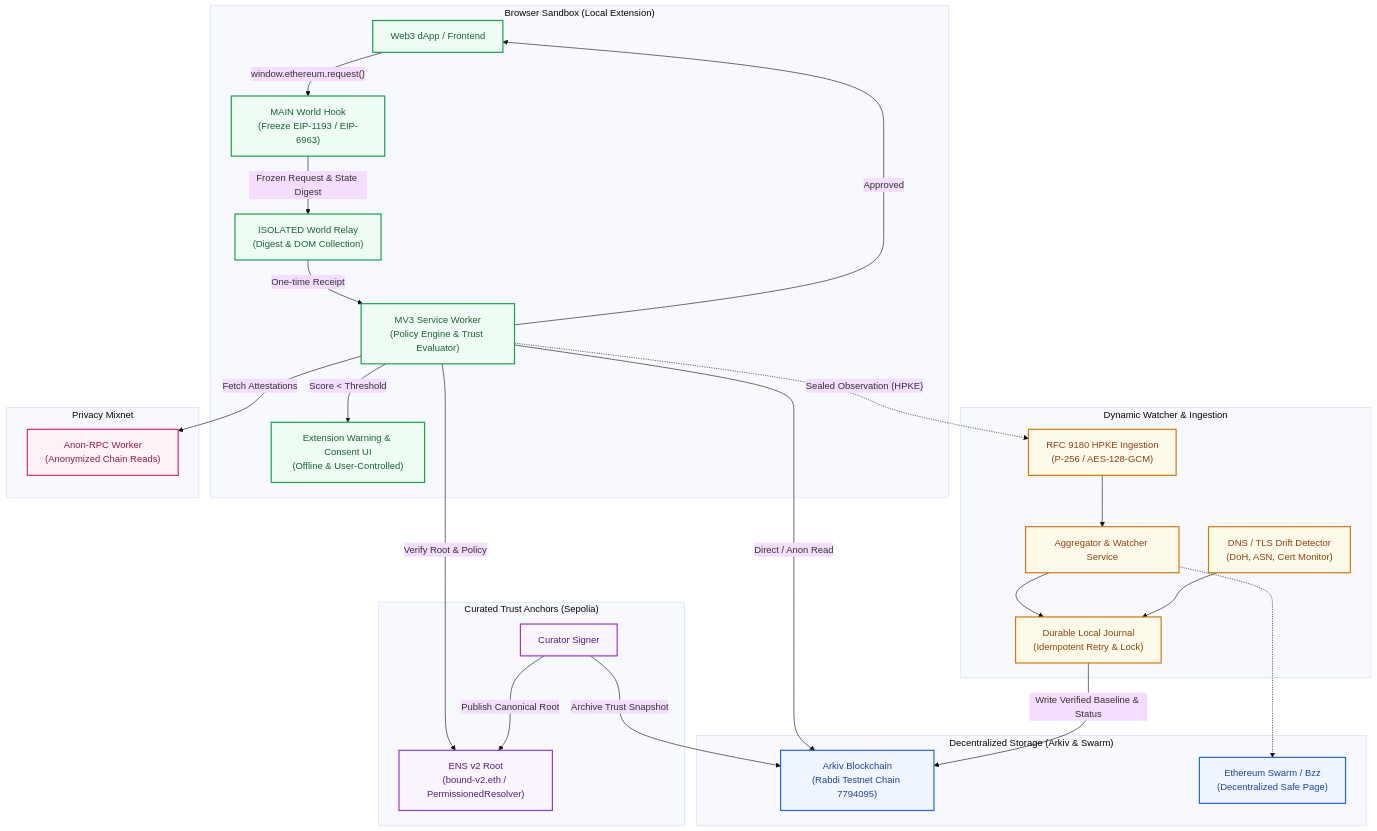
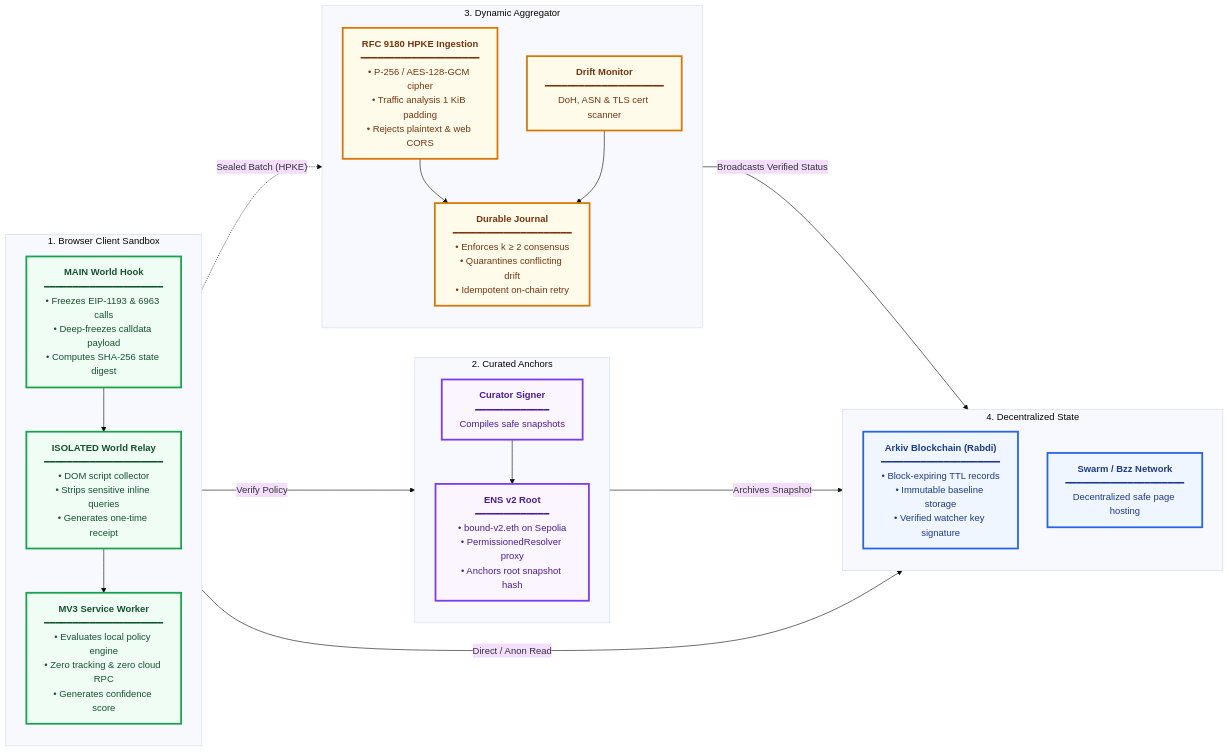
The first of 2 diagrams in Docs/BOUND_Architecture_and_Privacy_Whitepaper.md (Soundcreates/BOUND), drawn with Mermaid (base theme) before and after one commit. The commit also changed 1 other file, not shown here.

Commit message:
docs: modernize mermaid diagram to horizontal layout with thicker blocks and compact viewport

````diff
--- a/Docs/BOUND_Architecture_and_Privacy_Whitepaper.md
+++ b/Docs/BOUND_Architecture_and_Privacy_Whitepaper.md
@@ -27,64 +27,48 @@
 ```mermaid
-flowchart TD
-    subgraph Client["Browser Sandbox (Local Extension)"]
-        DApp["Web3 dApp / Frontend"]
-        Hook["MAIN World Hook<br/>(Freeze EIP-1193 / EIP-6963)"]
-        Relay["ISOLATED World Relay<br/>(Digest & DOM Collection)"]
-        SW["MV3 Service Worker<br/>(Policy Engine & Trust Evaluator)"]
-        UI["Extension Warning & Consent UI<br/>(Offline & User-Controlled)"]
+flowchart LR
+    subgraph Client["1. Browser Client Sandbox"]
+        direction TB
+        Hook["<b>MAIN World Hook</b><br/>━━━━━━━━━━━━━━━━━━━━━<br/>• Freezes EIP-1193 & 6963 calls<br/>• Deep-freezes calldata payload<br/>• Computes SHA-256 state digest"]
+        Relay["<b>ISOLATED World Relay</b><br/>━━━━━━━━━━━━━━━━━━━━━<br/>• DOM script collector<br/>• Strips sensitive inline queries<br/>• Generates one-time receipt"]
+        SW["<b>MV3 Service Worker</b><br/>━━━━━━━━━━━━━━━━━━━━━<br/>• Evaluates local policy engine<br/>• Zero tracking & zero cloud RPC<br/>• Generates confidence score"]
+        Hook --> Relay --> SW
     end
 
-    subgraph Trust["Curated Trust Anchors (Sepolia)"]
-        Curator["Curator Signer"]
-        ENS["ENS v2 Root<br/>(bound-v2.eth / PermissionedResolver)"]
+    subgraph Trust["2. Curated Anchors"]
+        direction TB
+        Curator["<b>Curator Signer</b><br/>━━━━━━━━━━━━━<br/>Compiles safe snapshots"]
+        ENS["<b>ENS v2 Root</b><br/>━━━━━━━━━━━━━<br/>• bound-v2.eth on Sepolia<br/>• PermissionedResolver proxy<br/>• Anchors root snapshot hash"]
+        Curator --> ENS
     end
 
-    subgraph Monitoring["Dynamic Watcher & Ingestion"]
-        Aggregator["Aggregator & Watcher Service"]
-        HPKE["RFC 9180 HPKE Ingestion<br/>(P-256 / AES-128-GCM)"]
-        Drift["DNS / TLS Drift Detector<br/>(DoH, ASN, Cert Monitor)"]
-        Journal["Durable Local Journal<br/>(Idempotent Retry & Lock)"]
+    subgraph Monitoring["3. Dynamic Aggregator"]
+        direction TB
+        HPKE["<b>RFC 9180 HPKE Ingestion</b><br/>━━━━━━━━━━━━━━━━━━━━━<br/>• P-256 / AES-128-GCM cipher<br/>• Traffic analysis 1 KiB padding<br/>• Rejects plaintext & web CORS"]
+        Journal["<b>Durable Journal</b><br/>━━━━━━━━━━━━━━━━━━━━━<br/>• Enforces k ≥ 2 consensus<br/>• Quarantines conflicting drift<br/>• Idempotent on-chain retry"]
+        Drift["<b>Drift Monitor</b><br/>━━━━━━━━━━━━━━━━━━━━━<br/>DoH, ASN & TLS cert scanner"]
+        HPKE --> Journal
+        Drift --> Journal
     end
 
-    subgraph Storage["Decentralized Storage (Arkiv & Swarm)"]
-        Arkiv["Arkiv Blockchain<br/>(Rabdi Testnet Chain 7794095)"]
-        Swarm["Ethereum Swarm / Bzz<br/>(Decentralized Safe Page)"]
+    subgraph Storage["4. Decentralized State"]
+        direction TB
+        Arkiv["<b>Arkiv Blockchain (Rabdi)</b><br/>━━━━━━━━━━━━━━━━━━━━━<br/>• Block-expiring TTL records<br/>• Immutable baseline storage<br/>• Verified watcher key signature"]
+        Swarm["<b>Swarm / Bzz Network</b><br/>━━━━━━━━━━━━━━━━━━━━━<br/>Decentralized safe page hosting"]
     end
 
-    subgraph Anon["Privacy Mixnet"]
-        AnonRPC["Anon-RPC Worker<br/>(Anonymized Chain Reads)"]
-    end
+    SW -->|"Verify Policy"| ENS
+    SW -->|"Direct / Anon Read"| Arkiv
+    SW -.->|"Sealed Batch (HPKE)"| HPKE
+    Journal -->|"Broadcasts Verified Status"| Arkiv
+    Curator -->|"Archives Snapshot"| Arkiv
 
-    DApp -->|"window.ethereum.request()"| Hook
-    Hook -->|"Frozen Request & State Digest"| Relay
-    Relay -->|"One-time Receipt"| SW
-    
-    SW -->|"Verify Root & Policy"| ENS
-    SW -->|"Direct / Anon Read"| Arkiv
-    SW -->|"Fetch Attestations"| AnonRPC
-    
-    SW -->|"Score < Threshold"| UI
-    SW -->|"Approved"| DApp
+    classDef client fill:#f0fdf4,stroke:#16a34a,stroke-width:3px,color:#14532d;
+    classDef trust fill:#faf5ff,stroke:#7c3aed,stroke-width:3px,color:#4c1d95;
+    classDef monitor fill:#fffbeb,stroke:#d97706,stroke-width:3px,color:#78350f;
+    classDef store fill:#eff6ff,stroke:#2563eb,stroke-width:3px,color:#1e3a8a;
 
-    Curator -->|"Publish Canonical Root"| ENS
-    Curator -->|"Archive Trust Snapshot"| Arkiv
-
-    SW -.->|"Sealed Observation (HPKE)"| HPKE
-    HPKE --> Aggregator
-    Aggregator --> Journal
-    Drift --> Journal
-    Journal -->|"Write Verified Baseline & Status"| Arkiv
-    Aggregator -.-> Swarm
-
-    classDef client fill:#f0fdf4,stroke:#16a34a,color:#166534,stroke-width:2px;
-    classDef trust fill:#faf5ff,stroke:#9333ea,color:#581c87,stroke-width:2px;
-    classDef monitor fill:#fffbeb,stroke:#d97706,color:#92400e,stroke-width:2px;
-    classDef store fill:#eff6ff,stroke:#2563eb,color:#1e40af,stroke-width:2px;
-    classDef anon fill:#fdf2f8,stroke:#db2777,color:#9d174d,stroke-width:2px;
-
-    class DApp,Hook,Relay,SW,UI client;
+    class Hook,Relay,SW client;
     class Curator,ENS trust;
-    class Aggregator,HPKE,Drift,Journal monitor;
+    class HPKE,Journal,Drift monitor;
     class Arkiv,Swarm store;
-    class AnonRPC anon;
 ```
````
